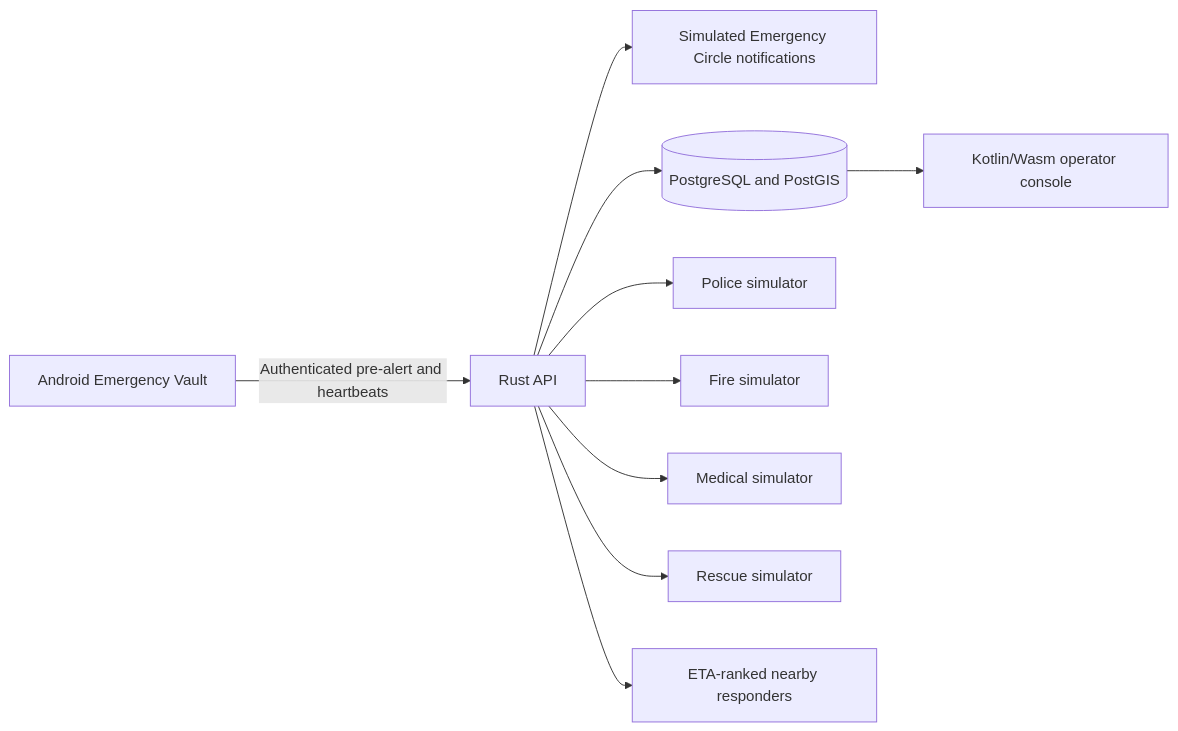
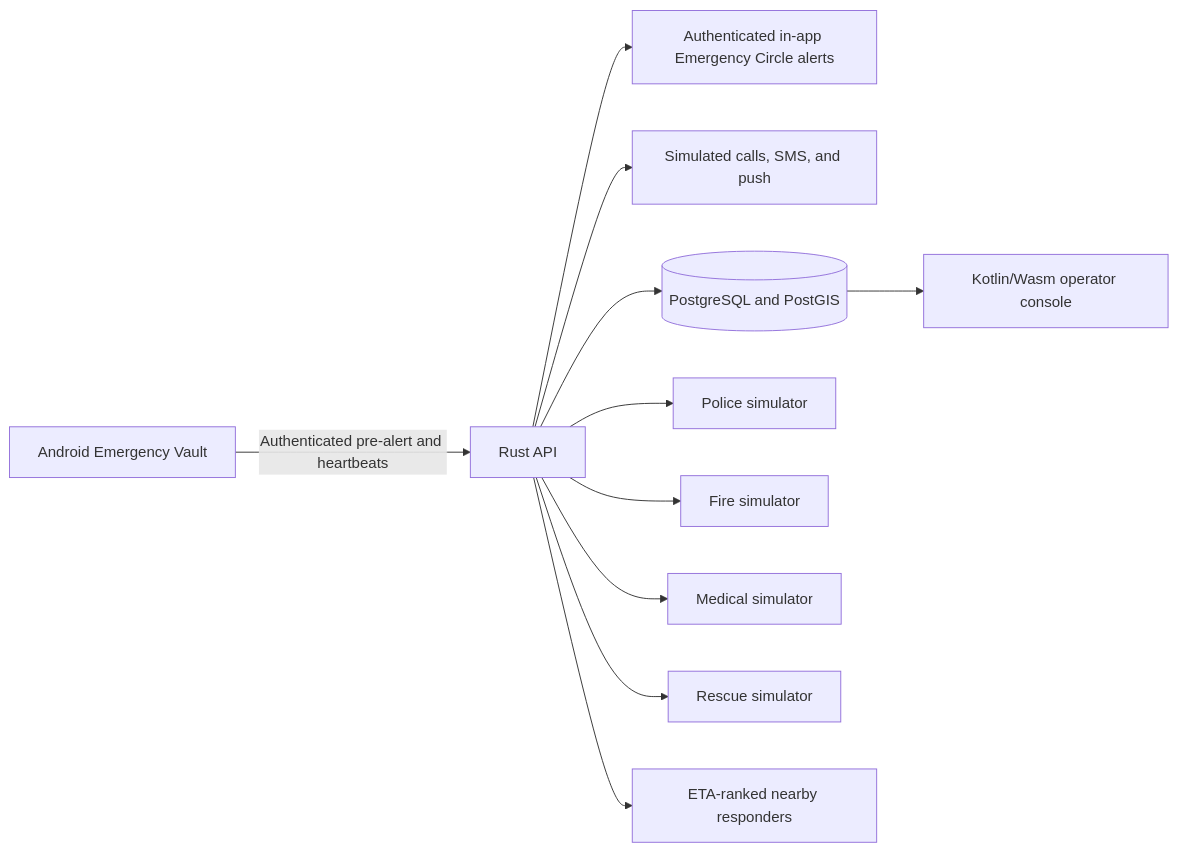
The diagram in README.md (razecrs/decentralert), drawn with Mermaid before and after one commit. The commit also changed other lines of this file and 17 other files, not shown here.

````diff
--- a/README.md
+++ b/README.md
@@ -77,12 +82,13 @@
 ```mermaid
 flowchart LR
     A[Android Emergency Vault] -->|Authenticated pre-alert and heartbeats| B[Rust API]
-    B --> J[Simulated Emergency Circle notifications]
+    B --> J[Authenticated in-app Emergency Circle alerts]
+    B --> K[Simulated calls, SMS, and push]
     B --> C[(PostgreSQL and PostGIS)]
     B --> D[Police simulator]
     B --> E[Fire simulator]
     B --> F[Medical simulator]
     B --> G[Rescue simulator]
     B --> H[ETA-ranked nearby responders]
     C --> I[Kotlin/Wasm operator console]
 ```
````
